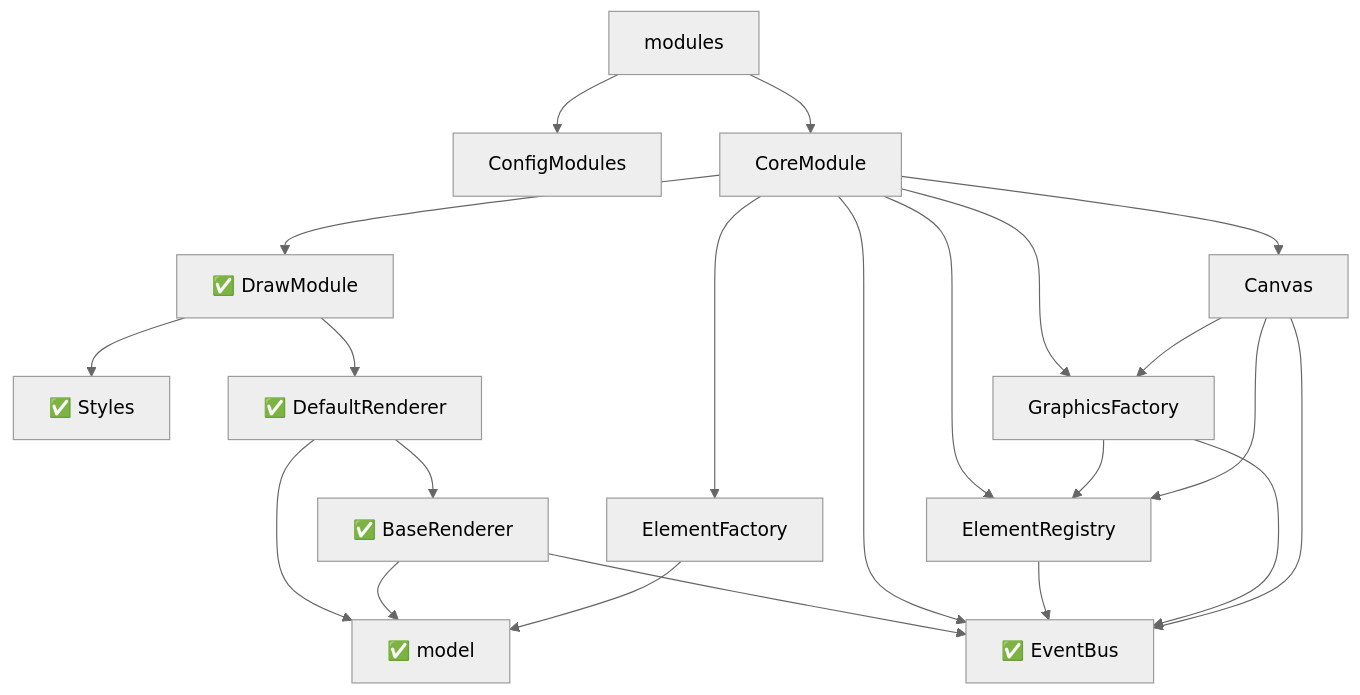
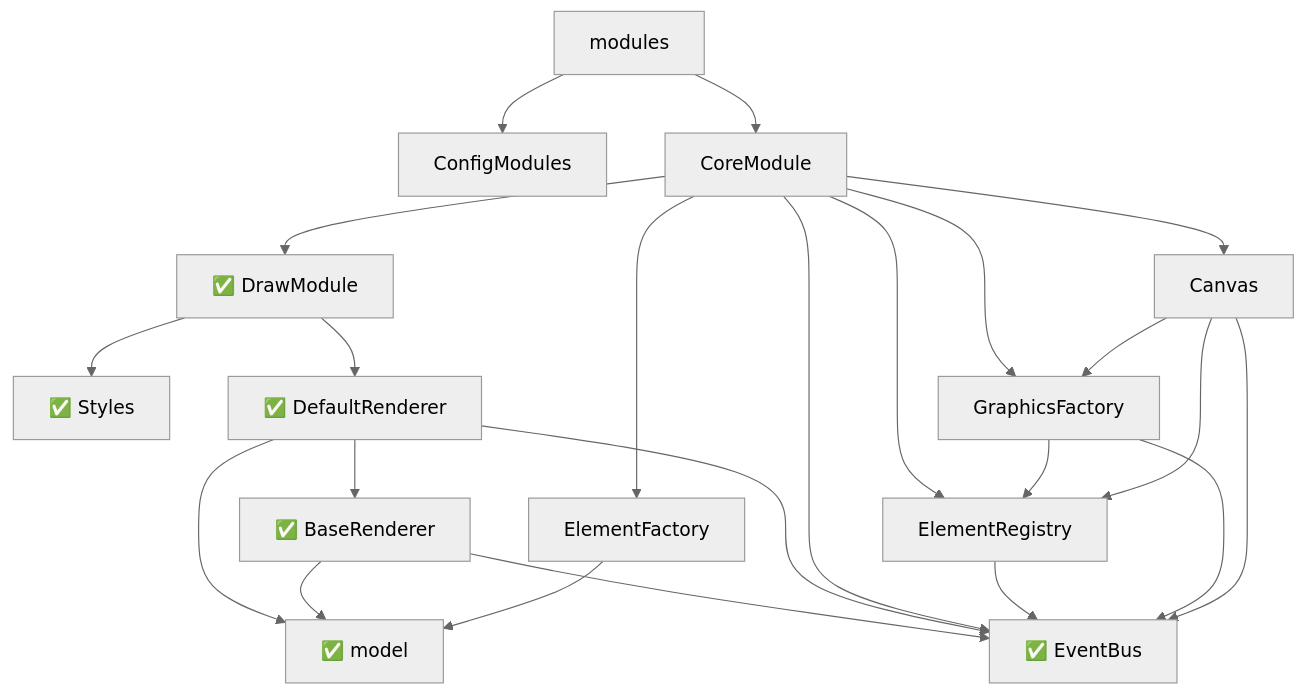
The diagram in docs/diagram-js/default-renderer.md (YuJianghao/bpmn-js-doc), drawn with Mermaid (neutral theme) before and after one commit. The commit also changed other lines of this file and 2 other files, not shown here.

Commit message:
chore: 一些类型更新

````diff
--- a/docs/diagram-js/default-renderer.md
+++ b/docs/diagram-js/default-renderer.md
@@ -23,24 +24,25 @@
 ```mermaid
 graph TD;
     modules-->ConfigModules;
     modules-->CoreModule;
     CoreModule-->DrawModule["#9989; DrawModule"];
     DrawModule-->Styles["#9989; Styles"];
     DrawModule-->DefaultRenderer["#9989; DefaultRenderer"];
     DefaultRenderer-->BaseRenderer["#9989; BaseRenderer"];
     DefaultRenderer-->model["#9989; model"];
     BaseRenderer-->model["#9989; model"];
     BaseRenderer-->EventBus["#9989; EventBus"];
+    DefaultRenderer-->EventBus["#9989; EventBus"];
     CoreModule-->EventBus["#9989; EventBus"];
     CoreModule-->ElementFactory;
     CoreModule-->ElementRegistry;
     CoreModule-->GraphicsFactory;
     CoreModule-->Canvas;
     ElementRegistry-->EventBus["#9989; EventBus"];
     GraphicsFactory-->EventBus["#9989; EventBus"];
     GraphicsFactory-->ElementRegistry;
     Canvas-->EventBus["#9989; EventBus"];
     Canvas-->GraphicsFactory;
     Canvas-->ElementRegistry;
     ElementFactory-->model["#9989; model"];
 ```
````
